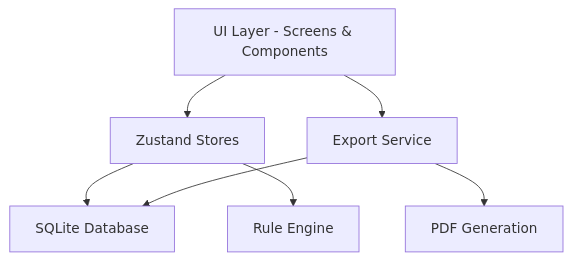
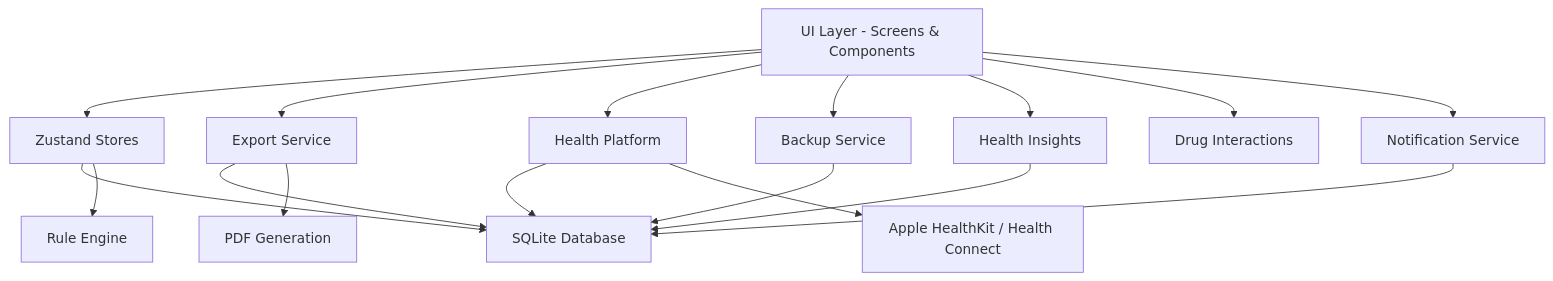
One commit to SolarisXD/PulseSense changed the diagram in README.md. Above: the diagram before and after it, drawn with Mermaid. The commit also changed other lines of this file and 4 other files, not shown here.

````diff
--- a/README.md
+++ b/README.md
@@ -51,9 +66,19 @@
 ```mermaid
 graph TD
     UI[UI Layer - Screens & Components] --> Store[Zustand Stores]
     Store --> DB[SQLite Database]
     Store --> Engine[Rule Engine]
     UI --> Export[Export Service]
     Export --> DB
     Export --> PDF[PDF Generation]
+    UI --> Health[Health Platform]
+    Health --> DB
+    Health --> HK[Apple HealthKit / Health Connect]
+    UI --> Backup[Backup Service]
+    Backup --> DB
+    UI --> Insights[Health Insights]
+    Insights --> DB
+    UI --> DrugCheck[Drug Interactions]
+    UI --> Notif[Notification Service]
+    Notif --> DB
 ```
````
